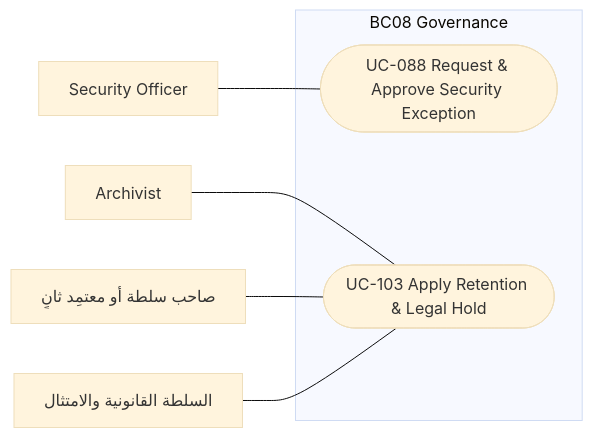
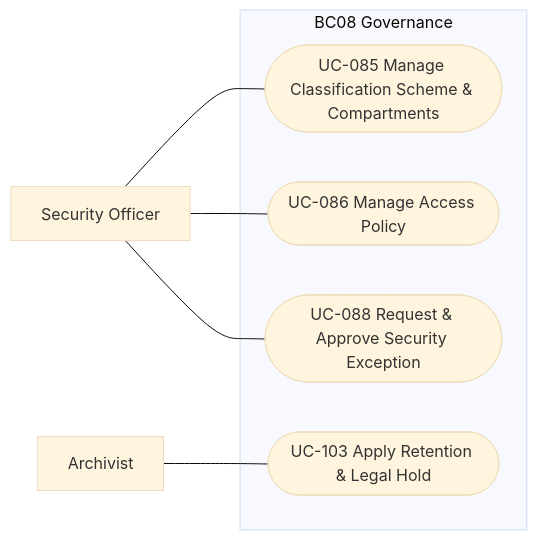
The eighth of 8 diagrams in spec/18-analysis-design/04-use-cases.md (Ayoubkhattab/Planing), drawn with Mermaid (base theme) before and after one commit. The commit also changed other lines of this file and 9 other files, not shown here.

````diff
--- a/spec/18-analysis-design/04-use-cases.md
+++ b/spec/18-analysis-design/04-use-cases.md
@@ -507,15 +427,15 @@
 ```mermaid
 flowchart LR
   ACT_12["Archivist"]
   ACT_13["Security Officer"]
-  AUTH_GRANT["صاحب سلطة أو معتمِد ثانٍ"]
-  AUTH_LEGAL["السلطة القانونية والامتثال"]
   subgraph BC08["BC08 Governance"]
+    UC085(["UC-085 Manage Classification Scheme & Compartments"])
+    UC086(["UC-086 Manage Access Policy"])
     UC088(["UC-088 Request & Approve Security Exception"])
     UC103(["UC-103 Apply Retention & Legal Hold"])
   end
+  ACT_13 --- UC085
+  ACT_13 --- UC086
   ACT_13 --- UC088
   ACT_12 --- UC103
-  AUTH_GRANT --- UC103
-  AUTH_LEGAL --- UC103
 ```
````
